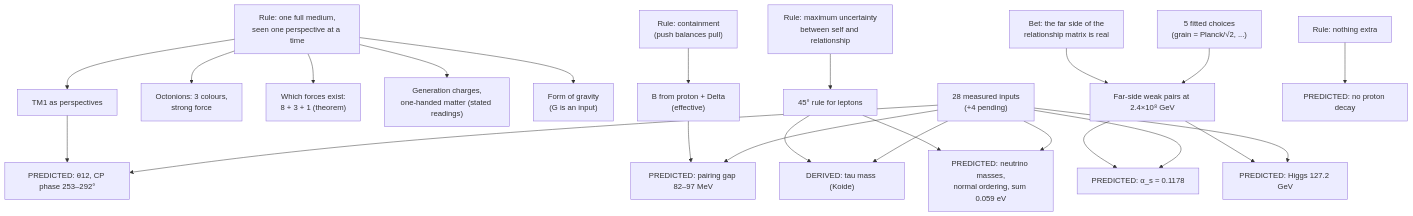
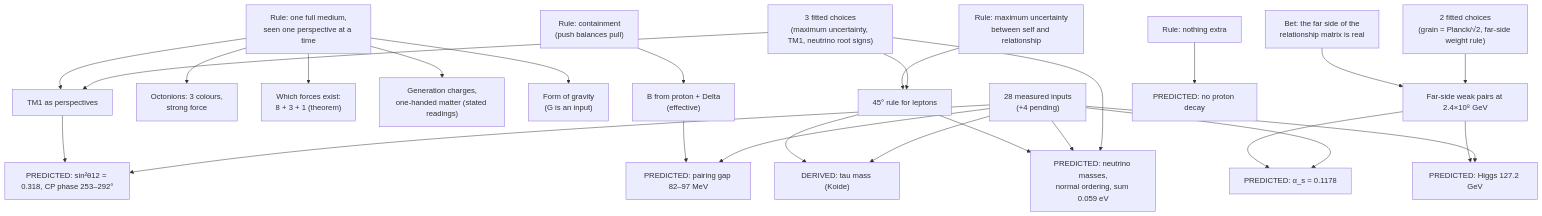
The diagram in docs/ledger/TRPG_Ledger.md (NubbyNubkins/TRPG-Unified-Framework), drawn with Mermaid before and after one commit. The commit also changed 4 other files, not shown here.

First line of the commit message:
Derivation tree: label sin^2 theta12; show the three neutrino-side fitted choices on their paths

````diff
--- a/docs/ledger/TRPG_Ledger.md
+++ b/docs/ledger/TRPG_Ledger.md
@@ -171,33 +171,37 @@
 ```mermaid
 flowchart TD
   R1["Rule: one full medium,<br/>seen one perspective at a time"]
   R2["Rule: containment<br/>(push balances pull)"]
   R3["Rule: maximum uncertainty<br/>between self and relationship"]
   R4["Rule: nothing extra"]
   BET["Bet: the far side of the<br/>relationship matrix is real"]
   IN["28 measured inputs<br/>(+4 pending)"]
-  FIT["5 fitted choices<br/>(grain = Planck/√2, ...)"]
+  FIT["2 fitted choices<br/>(grain = Planck/√2, far-side weight rule)"]
+  FIT2["3 fitted choices<br/>(maximum uncertainty, TM1, neutrino root signs)"]
 
   R1 --> OCT["Octonions: 3 colours,<br/>strong force"]
   R1 --> FORCES["Which forces exist:<br/>8 + 3 + 1 (theorem)"]
   R1 --> GEN["Generation charges,<br/>one-handed matter (stated readings)"]
   R1 --> GRAV["Form of gravity<br/>(G is an input)"]
   R2 --> BAG["B from proton + Delta<br/>(effective)"]
   BAG --> GAP["PREDICTED: pairing gap 82–97 MeV"]
   R3 --> K45["45° rule for leptons"]
   K45 --> TAU["DERIVED: tau mass (Koide)"]
   K45 --> NU["PREDICTED: neutrino masses,<br/>normal ordering, sum 0.059 eV"]
   R1 --> TM1["TM1 as perspectives"]
-  TM1 --> DCP["PREDICTED: θ12, CP phase 253–292°"]
+  TM1 --> DCP["PREDICTED: sin²θ12 = 0.318, CP phase 253–292°"]
   BET --> MMG["Far-side weak pairs at 2.4×10⁸ GeV"]
   FIT --> MMG
   MMG --> AS["PREDICTED: α_s = 0.1178"]
   MMG --> MH["PREDICTED: Higgs 127.2 GeV"]
   R4 --> PD["PREDICTED: no proton decay"]
   IN --> TAU
   IN --> NU
   IN --> AS
   IN --> MH
   IN --> GAP
   IN --> DCP
+  FIT2 --> K45
+  FIT2 --> TM1
+  FIT2 --> NU
 ```
````
